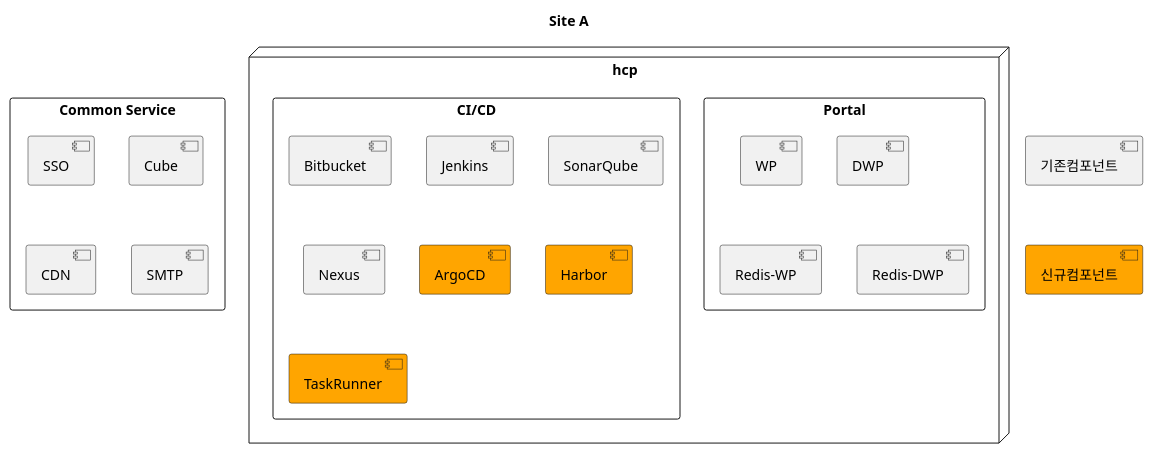
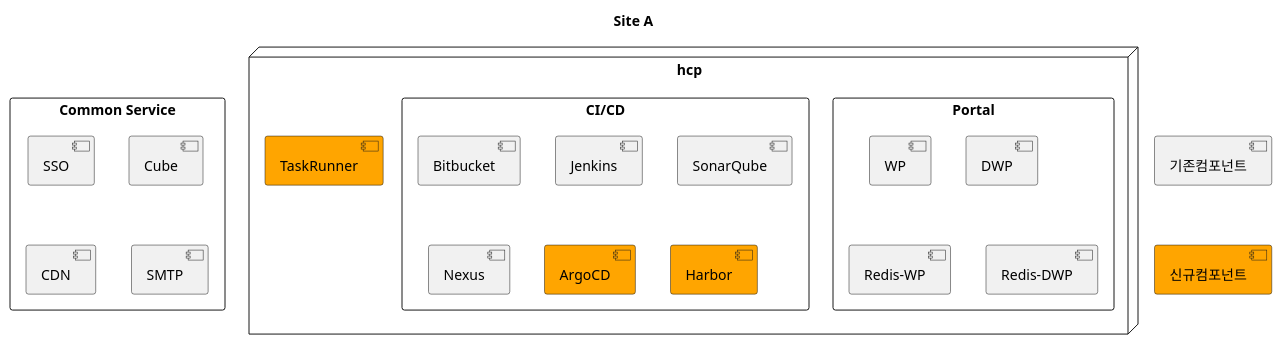
The first of 5 diagrams in docs/src/multi-cloud/diagram.md (kloudbank/htdp1.github.io), drawn with PlantUML before and after one commit. The commit also changed other lines of this file, not shown here.

Commit message:
add multicloud

```diff
--- a/docs/src/multi-cloud/diagram.md
+++ b/docs/src/multi-cloud/diagram.md
@@ -2,32 +2,32 @@
 @startuml
 
 title "Site A"
 
 [기존컴포넌트] as old
 [신규컴포넌트] as new #orange
 old -[hidden]d-> new
 
 rectangle "Common Service" as a_comm {
     [SSO] as a_comm_sso
     [Cube] as a_comm_cube
     [CDN] as a_comm_cnd
     [SMTP] as a_comm_smtp
 }
 node "hcp" as hcp {
     rectangle "Portal" as a_portal {
         [WP] as hcp_portal_wp
         [DWP] as hcp_portal_dwp
         [Redis-WP] as hcp_portal_rediswp
         [Redis-DWP] as hcp_portal_redisdwp
     }
     rectangle "CI/CD" as hcp_cicd {
         [Bitbucket] as hcp_cicd_bitbucket
         [Jenkins] as hcp_cicd_jenkins
         [SonarQube] as hcp_cicd_sonarqube
         [Nexus] as hcp_cicd_nexus
         [ArgoCD] as hcp_cicd_argocd #orange
         [Harbor] as hcp_cicd_harbor #orange
-        [TaskRunner] as hcp_cicd_taskrunner #orange
     }
+    [TaskRunner] as hcp_cicd_taskrunner #orange
 }
 @enduml
```
